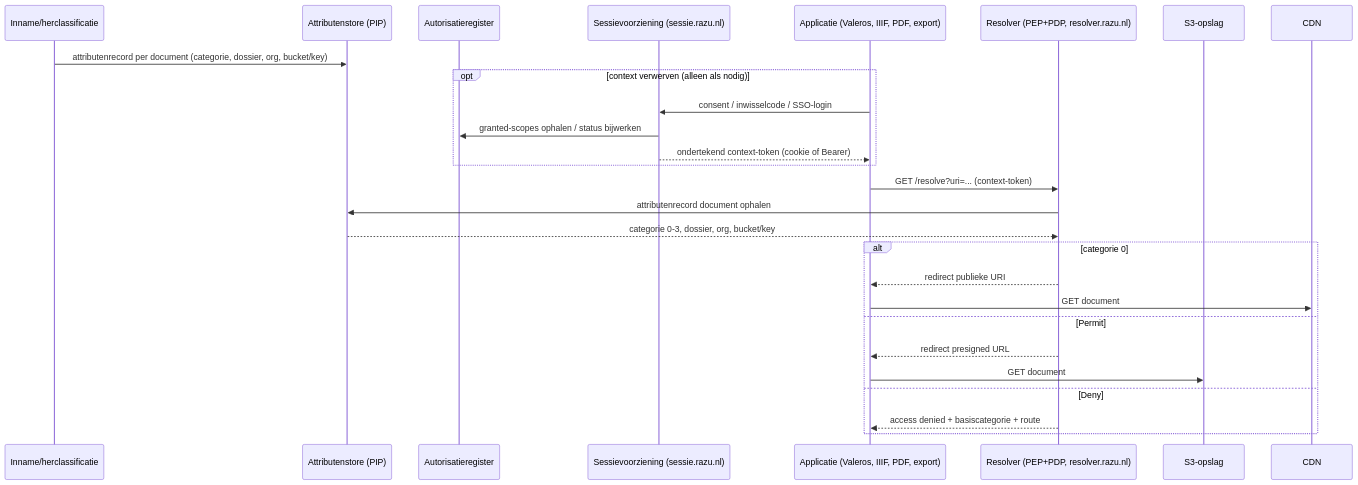
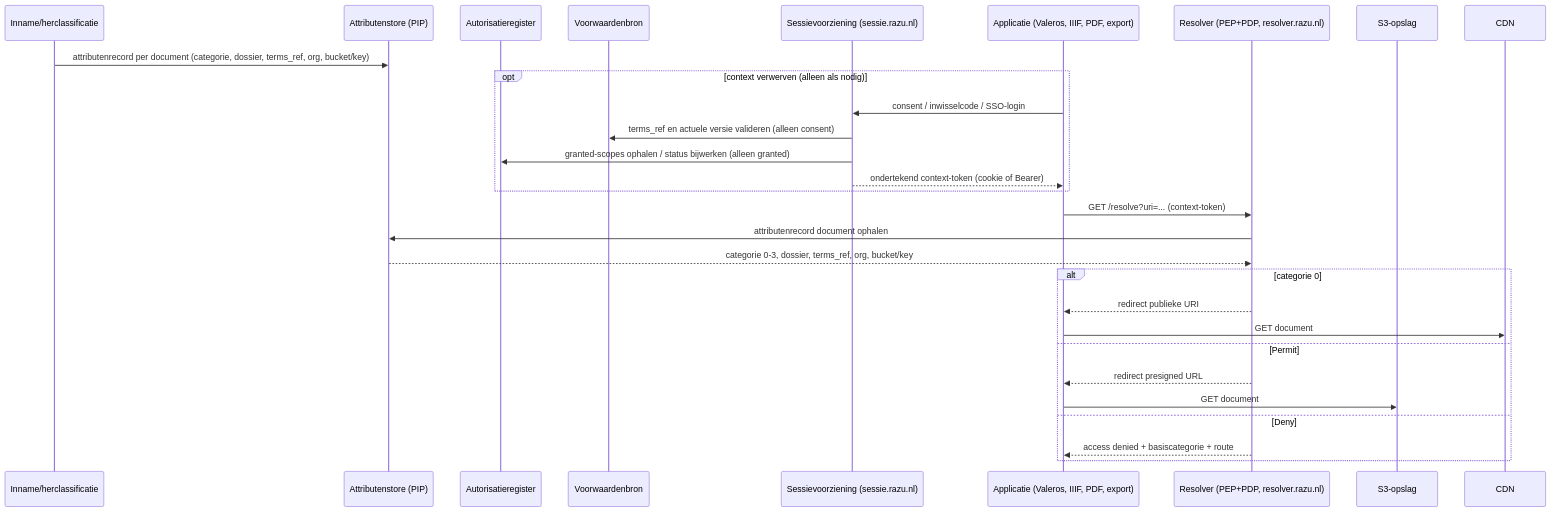
One commit to Regionaal-Archief-Zuid-Utrecht/vestibulum changed the second of 2 diagrams in architectuur-toegangsbeperkingen.md. Above: the diagram before and after it, drawn with Mermaid. The commit also changed other lines of this file and 4 other files, not shown here.

Commit message:
categorie-1-instemming token-only uitgewerkt met centrale voorwaardenbron, downloadpagina en voorbeeldflows; documentatie bijgewerkt naar 27 november 2026

````diff
--- a/architectuur-toegangsbeperkingen.md
+++ b/architectuur-toegangsbeperkingen.md
@@ -103,29 +109,31 @@
 ```mermaid
 sequenceDiagram
   participant Ind as Inname/herclassificatie
   participant Attr as Attributenstore (PIP)
   participant Reg as Autorisatieregister
+  participant Terms as Voorwaardenbron
   participant Auth as Sessievoorziening (sessie.razu.nl)
   participant App as Applicatie (Valeros, IIIF, PDF, export)
   participant Res as Resolver (PEP+PDP, resolver.razu.nl)
   participant S3 as S3-opslag
   participant CDN as CDN
-  Ind->>Attr: attributenrecord per document (categorie, dossier, org, bucket/key)
+  Ind->>Attr: attributenrecord per document (categorie, dossier, terms_ref, org, bucket/key)
   opt context verwerven (alleen als nodig)
     App->>Auth: consent / inwisselcode / SSO-login
-    Auth->>Reg: granted-scopes ophalen / status bijwerken
+    Auth->>Terms: terms_ref en actuele versie valideren (alleen consent)
+    Auth->>Reg: granted-scopes ophalen / status bijwerken (alleen granted)
     Auth-->>App: ondertekend context-token (cookie of Bearer)
   end
   App->>Res: GET /resolve?uri=... (context-token)
   Res->>Attr: attributenrecord document ophalen
-  Attr-->>Res: categorie 0-3, dossier, org, bucket/key
+  Attr-->>Res: categorie 0-3, dossier, terms_ref, org, bucket/key
   alt categorie 0
     Res-->>App: redirect publieke URI
     App->>CDN: GET document
   else Permit
     Res-->>App: redirect presigned URL
     App->>S3: GET document
   else Deny
     Res-->>App: access denied + basiscategorie + route
   end
 ```
````
